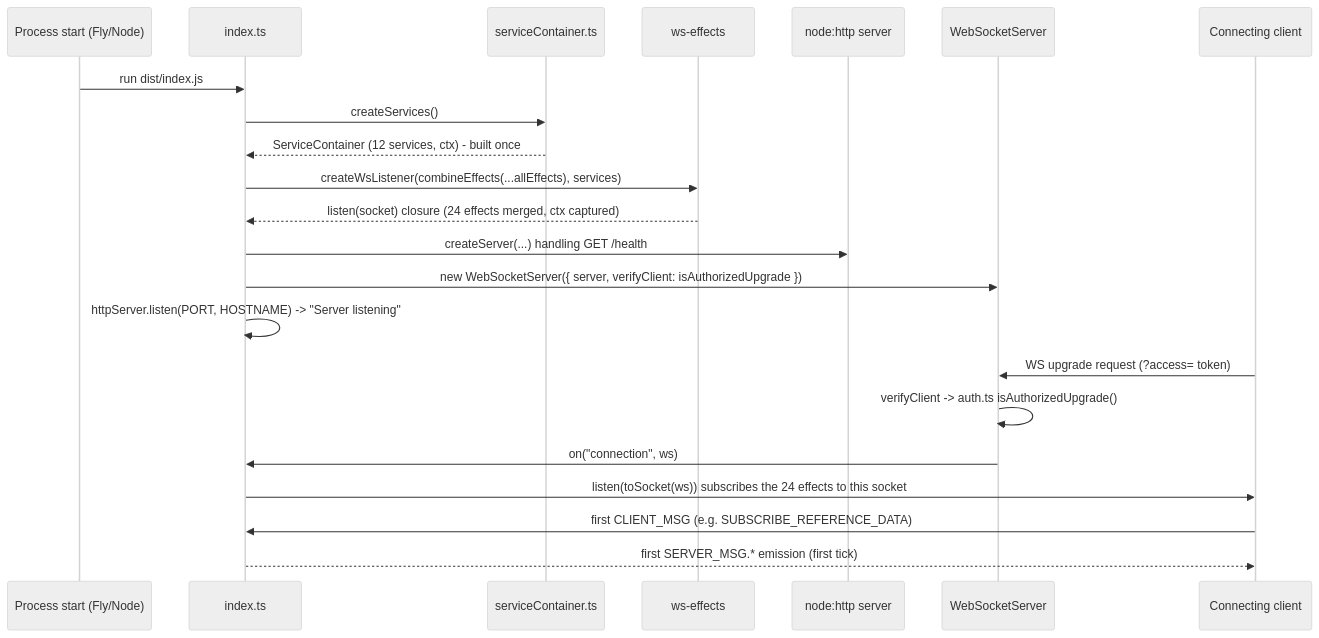
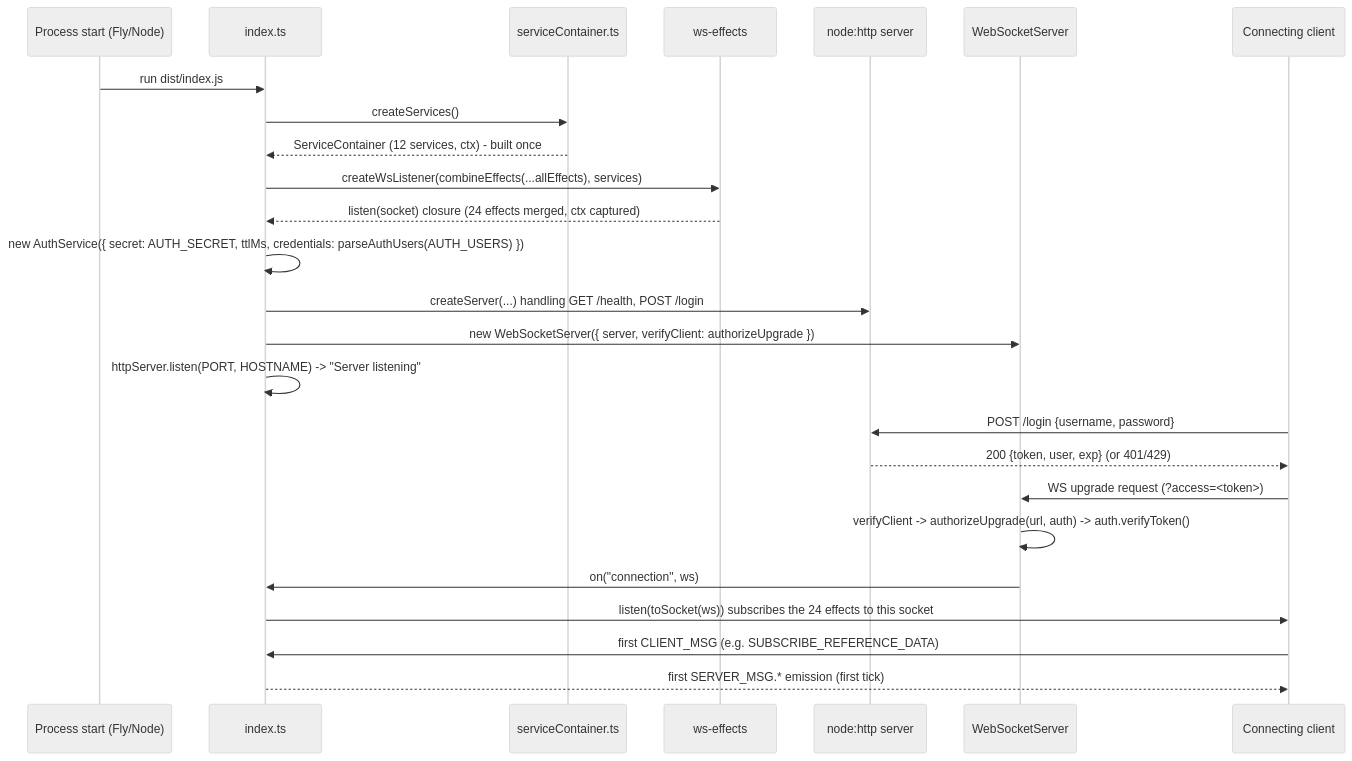
Before and after one commit to bettersoftware-io/ReactiveTraderCloudClone: the fourth of 4 diagrams in docs/architecture/14-composition-and-wiring.md, drawn with Mermaid (neutral theme). The commit also changed other lines of this file and 14 other files, not shown here.

First line of the commit message:
chore(deploy): remove Basic-Auth wall + shared WS token; document AUTH_SECRET/AUTH_USERS

````diff
--- a/docs/architecture/14-composition-and-wiring.md
+++ b/docs/architecture/14-composition-and-wiring.md
@@ -184,25 +184,28 @@
 ```mermaid
 sequenceDiagram
     participant OS as Process start (Fly/Node)
     participant Idx as index.ts
     participant SC as serviceContainer.ts
     participant WSE as ws-effects
     participant HTTP as node:http server
     participant WSS as WebSocketServer
     participant Client as Connecting client
 
     OS->>Idx: run dist/index.js
     Idx->>SC: createServices()
     SC-->>Idx: ServiceContainer (12 services, ctx) - built once
     Idx->>WSE: createWsListener(combineEffects(...allEffects), services)
     WSE-->>Idx: listen(socket) closure (24 effects merged, ctx captured)
-    Idx->>HTTP: createServer(...) handling GET /health
-    Idx->>WSS: new WebSocketServer({ server, verifyClient: isAuthorizedUpgrade })
+    Idx->>Idx: new AuthService({ secret: AUTH_SECRET, ttlMs, credentials: parseAuthUsers(AUTH_USERS) })
+    Idx->>HTTP: createServer(...) handling GET /health, POST /login
+    Idx->>WSS: new WebSocketServer({ server, verifyClient: authorizeUpgrade })
     Idx->>Idx: httpServer.listen(PORT, HOSTNAME) -> "Server listening"
-    Client->>WSS: WS upgrade request (?access= token)
-    WSS->>WSS: verifyClient -> auth.ts isAuthorizedUpgrade()
+    Client->>HTTP: POST /login {username, password}
+    HTTP-->>Client: 200 {token, user, exp} (or 401/429)
+    Client->>WSS: WS upgrade request (?access=<token>)
+    WSS->>WSS: verifyClient -> authorizeUpgrade(url, auth) -> auth.verifyToken()
     WSS->>Idx: on("connection", ws)
     Idx->>Client: listen(toSocket(ws)) subscribes the 24 effects to this socket
     Client->>Idx: first CLIENT_MSG (e.g. SUBSCRIBE_REFERENCE_DATA)
     Idx-->>Client: first SERVER_MSG.* emission (first tick)
 ```
````
